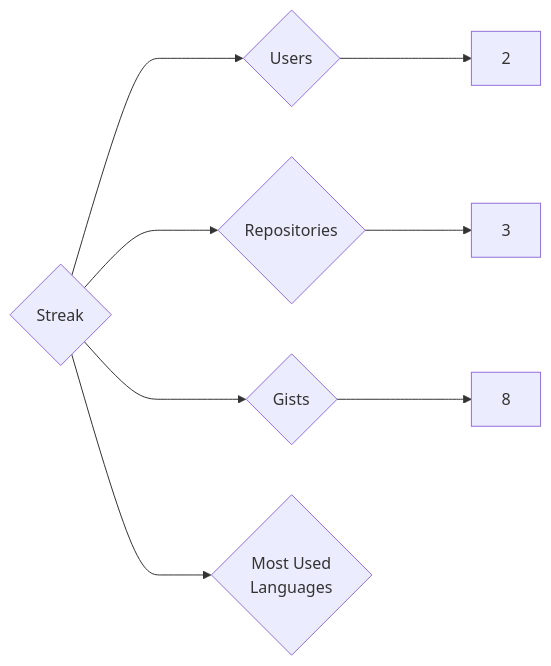
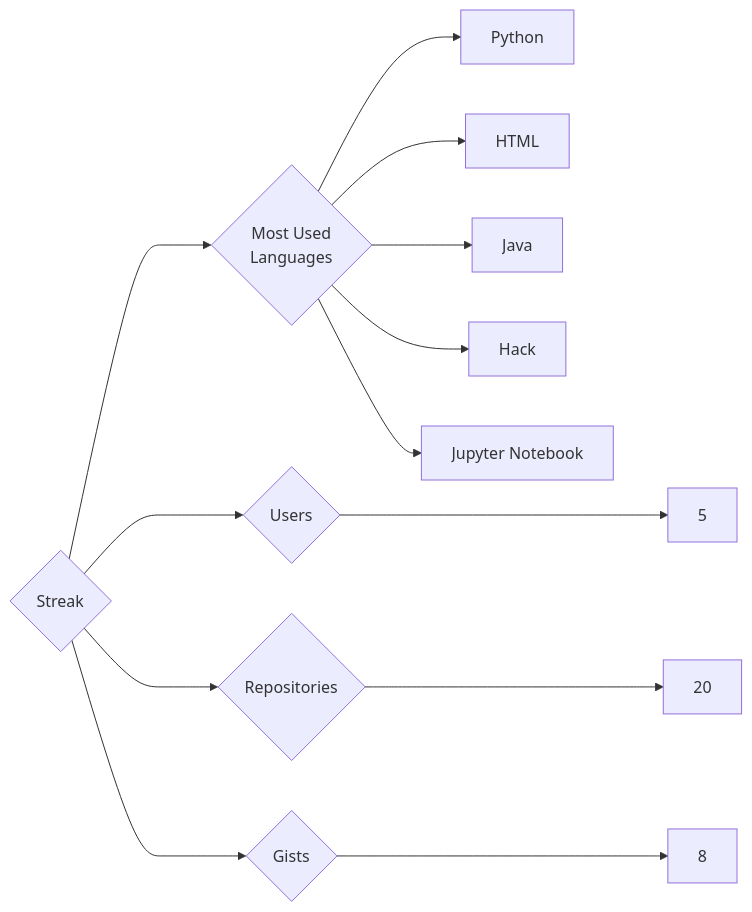
The diagram in targets/Streak/README.md (trickest/insiders), drawn with Mermaid before and after one commit. The commit also changed 1389 other files, not shown here.

````diff
--- a/targets/Streak/README.md
+++ b/targets/Streak/README.md
@@ -3,8 +3,13 @@
 ```mermaid
 graph LR
 COMPANY_NAME{Streak}
-COMPANY_NAME ---> U{Users} ---> UN[2]
-COMPANY_NAME ---> R{Repositories} ---> RN[3]
+COMPANY_NAME ---> U{Users} ---> UN[5]
+COMPANY_NAME ---> R{Repositories} ---> RN[20]
 COMPANY_NAME ---> G{Gists} ---> GN[8]
 COMPANY_NAME ---> ML{Most Used<br>Languages}
+ML --> Python[Python]
+ML --> HTML[HTML]
+ML --> Java[Java]
+ML --> Hack[Hack]
+ML --> Jupyter_Notebook[Jupyter Notebook]
 ```
````
